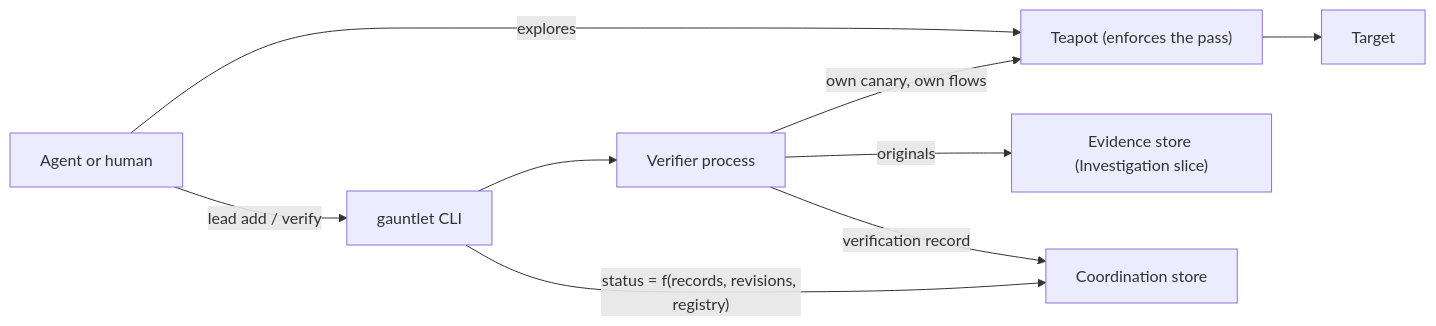
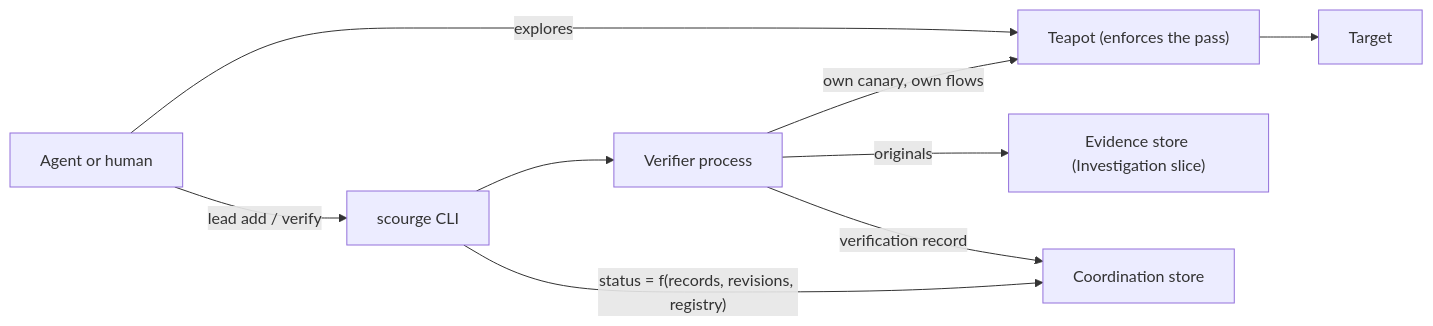
One commit to bobisme/gauntlet changed the diagram in notes/plan.md. Above: the diagram before and after it, drawn with Mermaid. The commit also changed other lines of this file and 18 other files, not shown here.

````diff
--- a/notes/plan.md
+++ b/notes/plan.md
@@ -200,11 +200,11 @@
 ```mermaid
 flowchart LR
   A["Agent or human"] -- explores --> T["Teapot (enforces the pass)"]
   T --> X["Target"]
-  A -- "lead add / verify" --> G["gauntlet CLI"]
+  A -- "lead add / verify" --> G["scourge CLI"]
   G --> V["Verifier process"]
   V -- "own canary, own flows" --> T
   V -- "originals" --> E["Evidence store (Investigation slice)"]
   V -- "verification record" --> S["Coordination store"]
   G -- "status = f(records, revisions, registry)" --> S
 ```
````
